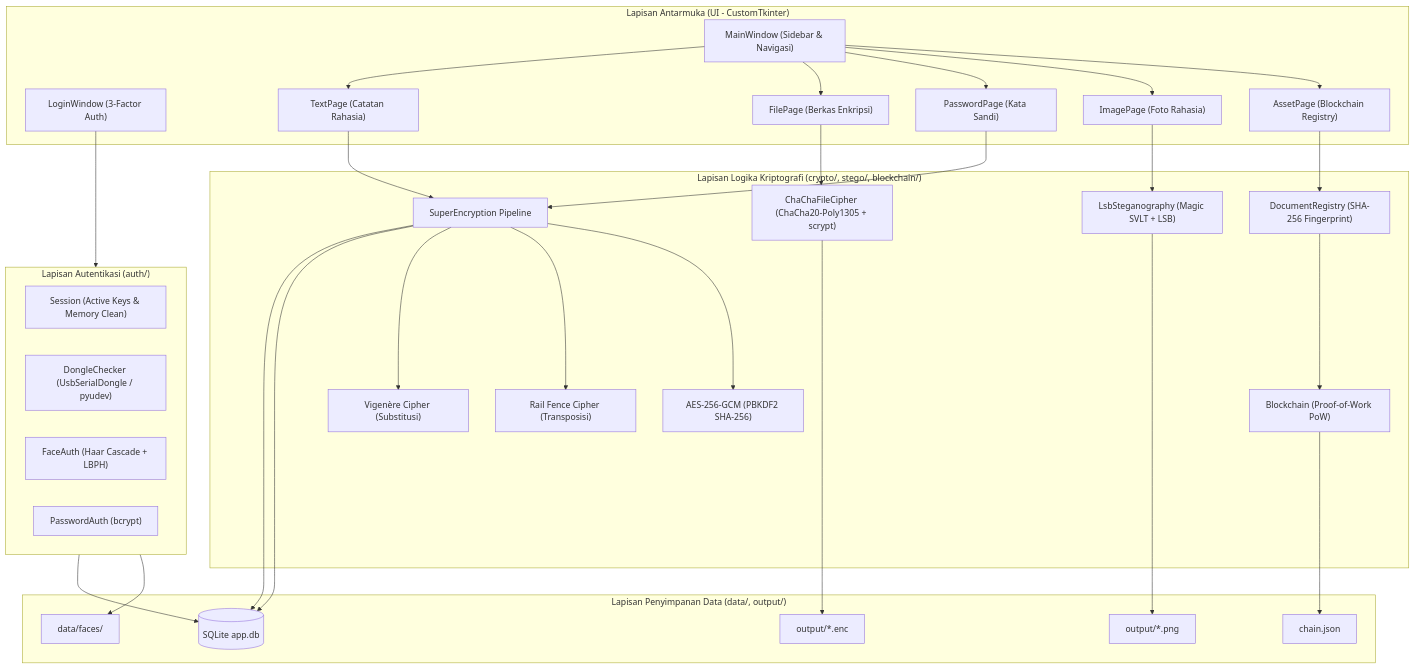
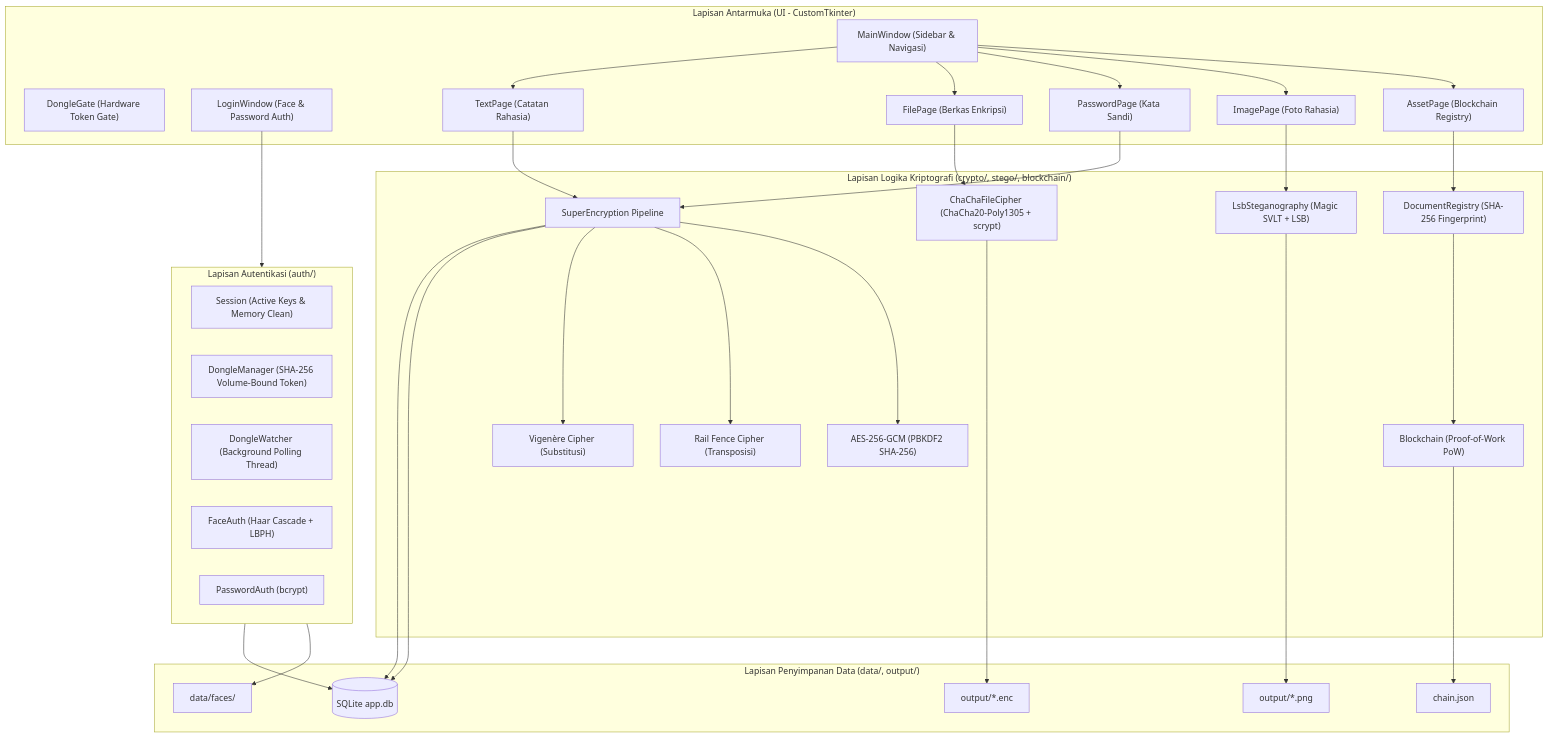
One commit to Hisyam-L/Brankas_TelAviv changed the first of 3 diagrams in docs/ARSITEKTUR.md. Above: the diagram before and after it, drawn with Mermaid. The commit also changed other lines of this file and 18 other files, not shown here.

````diff
--- a/docs/ARSITEKTUR.md
+++ b/docs/ARSITEKTUR.md
@@ -11,48 +11,50 @@
 ```mermaid
 flowchart TD
     subgraph UI_Layer["Lapisan Antarmuka (UI - CustomTkinter)"]
+        DongleGate["DongleGate (Hardware Token Gate)"]
+        LoginWindow["LoginWindow (Face & Password Auth)"]
         MainWindow["MainWindow (Sidebar & Navigasi)"]
-        LoginWindow["LoginWindow (3-Factor Auth)"]
         P1["TextPage (Catatan Rahasia)"]
         P2["FilePage (Berkas Enkripsi)"]
         P3["PasswordPage (Kata Sandi)"]
         P4["ImagePage (Foto Rahasia)"]
         P5["AssetPage (Blockchain Registry)"]
     end
 
     subgraph Service_Auth["Lapisan Autentikasi (auth/)"]
         Session["Session (Active Keys & Memory Clean)"]
-        Dongle["DongleChecker (UsbSerialDongle / pyudev)"]
+        Dongle["DongleManager (SHA-256 Volume-Bound Token)"]
+        DongleWatcher["DongleWatcher (Background Polling Thread)"]
         FaceAuth["FaceAuth (Haar Cascade + LBPH)"]
         PasswordAuth["PasswordAuth (bcrypt)"]
     end
 
     subgraph Core_Crypto["Lapisan Logika Kriptografi (crypto/, stego/, blockchain/)"]
         SuperEnc["SuperEncryption Pipeline"]
         Vigenere["Vigenère Cipher (Substitusi)"]
         RailFence["Rail Fence Cipher (Transposisi)"]
         AES["AES-256-GCM (PBKDF2 SHA-256)"]
         ChaCha["ChaChaFileCipher (ChaCha20-Poly1305 + scrypt)"]
         Stego["LsbSteganography (Magic SVLT + LSB)"]
         Chain["Blockchain (Proof-of-Work PoW)"]
         DocReg["DocumentRegistry (SHA-256 Fingerprint)"]
     end
 
     subgraph Storage_Layer["Lapisan Penyimpanan Data (data/, output/)"]
         DB[(SQLite app.db)]
         ChainJSON[chain.json]
         FacesDir[data/faces/]
         EncFiles[output/*.enc]
         StegoImgs[output/*.png]
     end
 
     LoginWindow --> Service_Auth
     MainWindow --> P1 & P2 & P3 & P4 & P5
     P1 --> SuperEnc --> DB
     P2 --> ChaCha --> EncFiles
     P3 --> SuperEnc --> DB
     P4 --> Stego --> StegoImgs
     P5 --> DocReg --> Chain --> ChainJSON
     Service_Auth --> DB & FacesDir
     SuperEnc --> Vigenere & RailFence & AES
 ```
````
